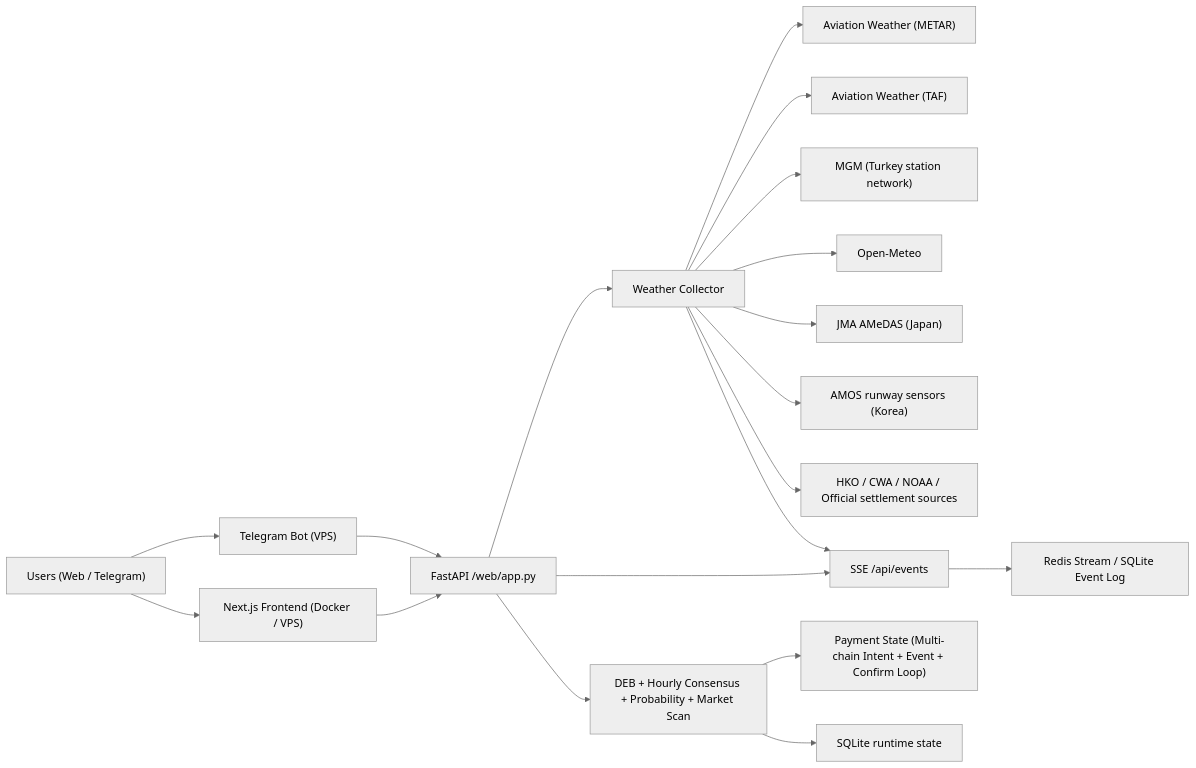
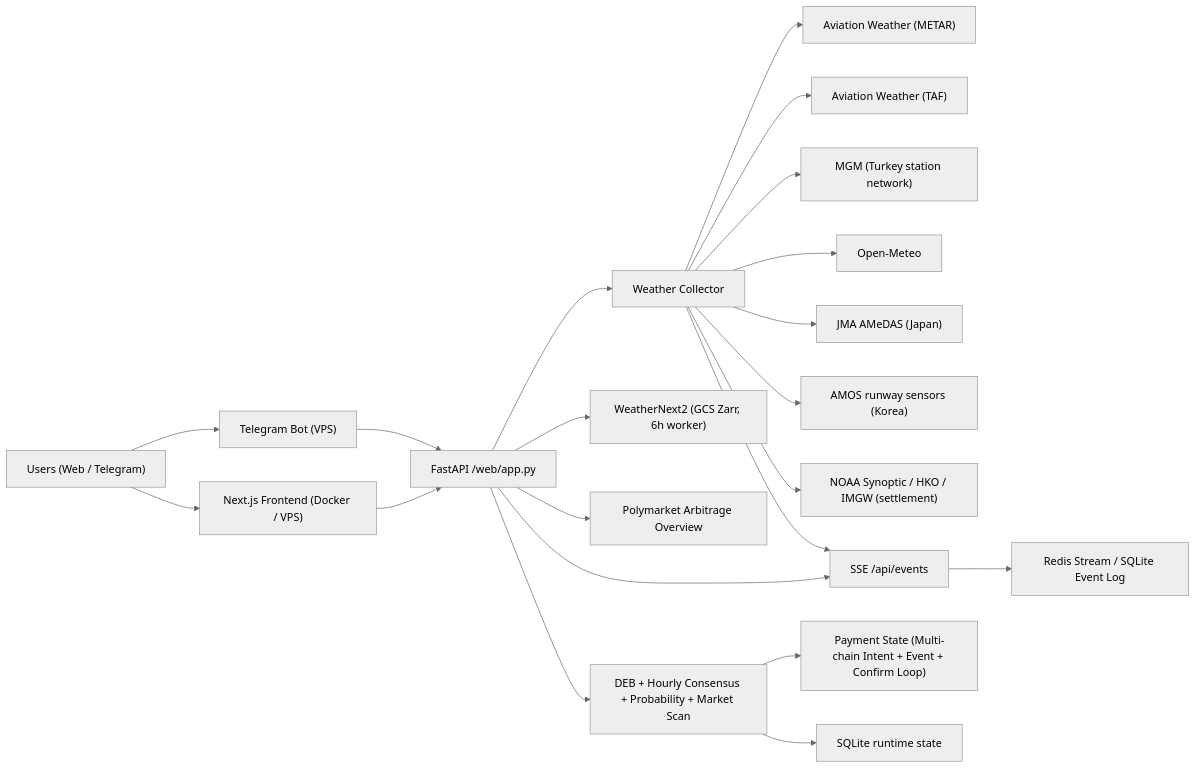
Before and after one commit to Night-Etrenal/AT-PolyWeather: the diagram in README.md, drawn with Mermaid (neutral theme). The commit also changed other lines of this file and 17 other files, not shown here.

````diff
--- a/README.md
+++ b/README.md
@@ -85,23 +88,25 @@
 ```mermaid
 flowchart LR
     U["Users (Web / Telegram)"] --> FE["Next.js Frontend (Docker / VPS)"]
     U --> BOT["Telegram Bot (VPS)"]
     FE --> API["FastAPI /web/app.py"]
     BOT --> API
 
     API --> WX["Weather Collector"]
     WX --> METAR["Aviation Weather (METAR)"]
     WX --> TAF["Aviation Weather (TAF)"]
     WX --> MGM["MGM (Turkey station network)"]
     WX --> OM["Open-Meteo"]
     WX --> JMA["JMA AMeDAS (Japan)"]
     WX --> AMOS["AMOS runway sensors (Korea)"]
-    WX --> HKO["HKO / CWA / NOAA / Official settlement sources"]
+    WX --> SETTLE["NOAA Synoptic / HKO / IMGW (settlement)"]
 
+    API --> WX2["WeatherNext2 (GCS Zarr, 6h worker)"]
+    API --> ARB["Polymarket Arbitrage Overview"]
     API --> ANA["DEB + Hourly Consensus + Probability + Market Scan"]
     API --> SSE["SSE /api/events"]
     WX --> SSE
     SSE --> EVENT["Redis Stream / SQLite Event Log"]
     ANA --> PAY["Payment State (Multi-chain Intent + Event + Confirm Loop)"]
     ANA --> STATE["SQLite runtime state"]
 ```
````
